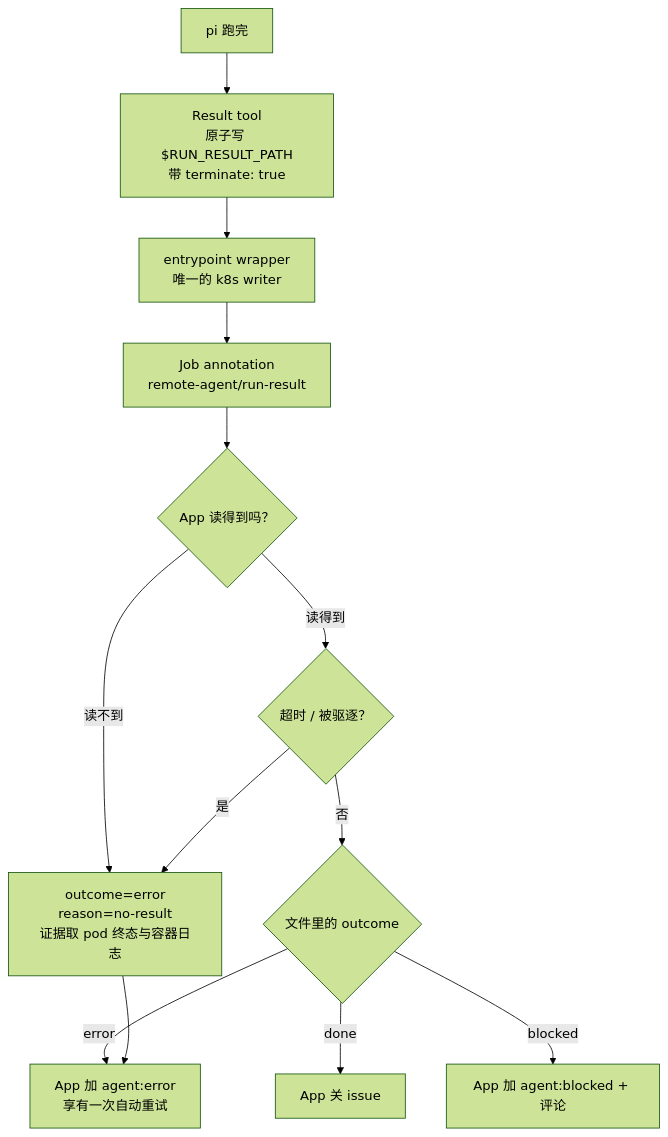
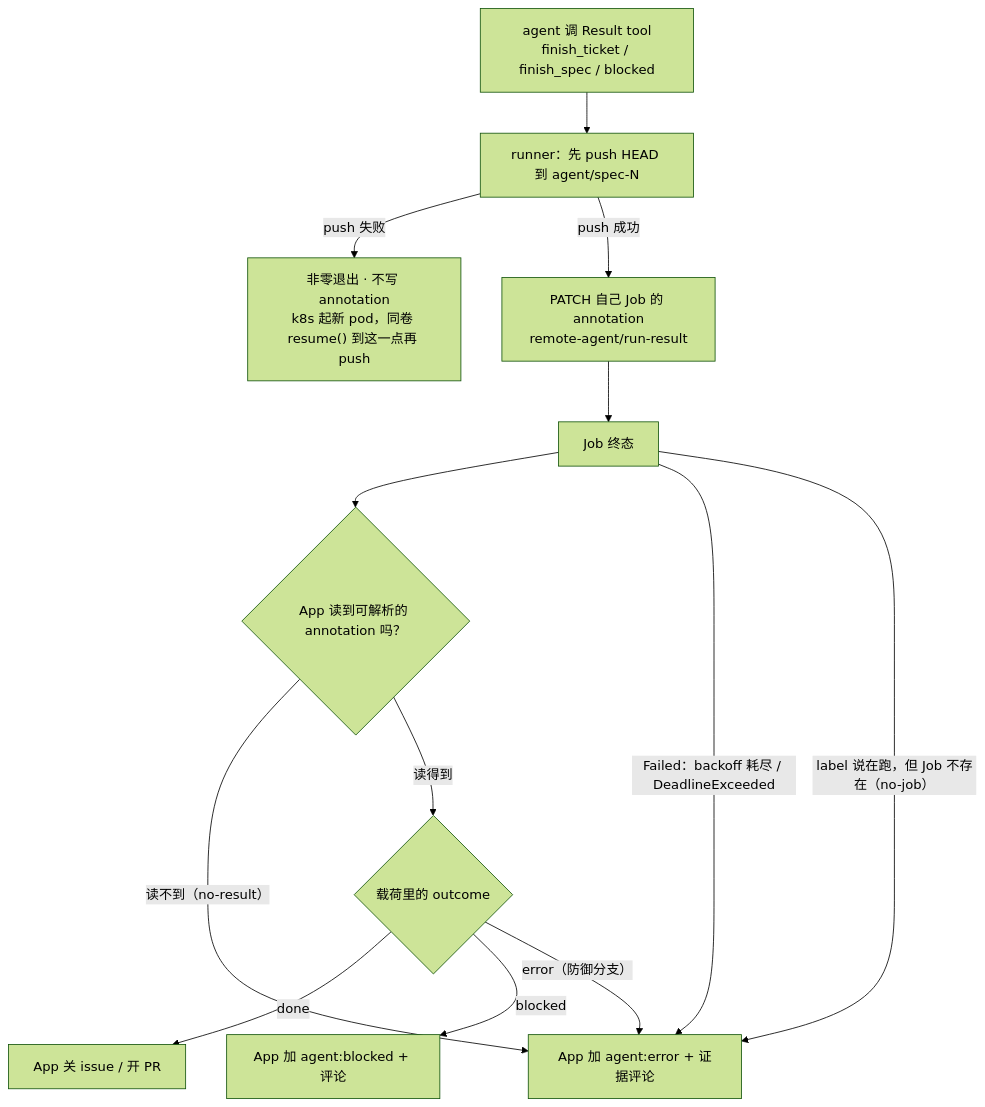
The eighth of 9 diagrams in docs/architecture.md (2017fighting/remote-agent), drawn with Mermaid (forest theme) before and after one commit. The commit also changed other lines of this file and 151 other files, not shown here.

First line of the commit message:
remote-agent v1: App + Job image + CI (spec #33) (#44)

````diff
--- a/docs/architecture.md
+++ b/docs/architecture.md
@@ -285,15 +302,15 @@
 ```mermaid
 flowchart TD
-    Pi["pi 跑完"] --> Tool["Result tool<br/>原子写 $RUN_RESULT_PATH<br/>带 terminate: true"]
-    Tool --> Wrap["entrypoint wrapper<br/>唯一的 k8s writer"]
-    Wrap --> Ann["Job annotation<br/>remote-agent/run-result"]
-    Ann --> Readable{"App 读得到吗？"}
-    Readable -->|"读不到"| NoResult["outcome=error<br/>reason=no-result<br/>证据取 pod 终态与容器日志"]
-    Readable -->|"读得到"| Preempt{"超时 / 被驱逐？"}
-    Preempt -->|"是"| NoResult
-    Preempt -->|"否"| Out{"文件里的 outcome"}
-    Out -->|"done"| Close["App 关 issue"]
+    Agent["agent 调 Result tool<br/>finish_ticket / finish_spec / blocked"] --> Push["runner：先 push HEAD 到 agent/spec-N"]
+    Push -->|"push 失败"| Retry["非零退出 · 不写 annotation<br/>k8s 起新 pod，同卷 resume() 到这一点再 push"]
+    Push -->|"push 成功"| Ann["PATCH 自己 Job 的 annotation<br/>remote-agent/run-result"]
+    Ann --> Job["Job 终态"]
+    Job --> Readable{"App 读到可解析的 annotation 吗？"}
+    Readable -->|"读不到（no-result）"| Err
+    Readable -->|"读得到"| Out{"载荷里的 outcome"}
+    Out -->|"done"| Close["App 关 issue / 开 PR"]
     Out -->|"blocked"| Blocked["App 加 agent:blocked + 评论"]
-    Out -->|"error"| Err["App 加 agent:error<br/>享有一次自动重试"]
-    NoResult --> Err
+    Out -->|"error（防御分支）"| Err["App 加 agent:error + 证据评论"]
+    Job -->|"Failed：backoff 耗尽 / DeadlineExceeded"| Err
+    Job -->|"label 说在跑，但 Job 不存在（no-job）"| Err
 ```
````
